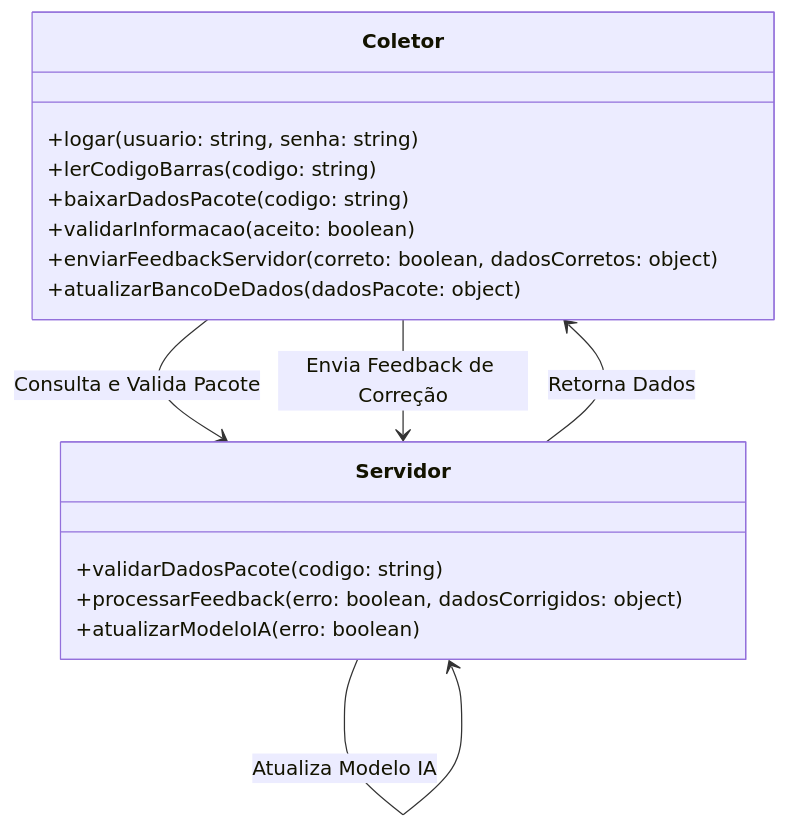
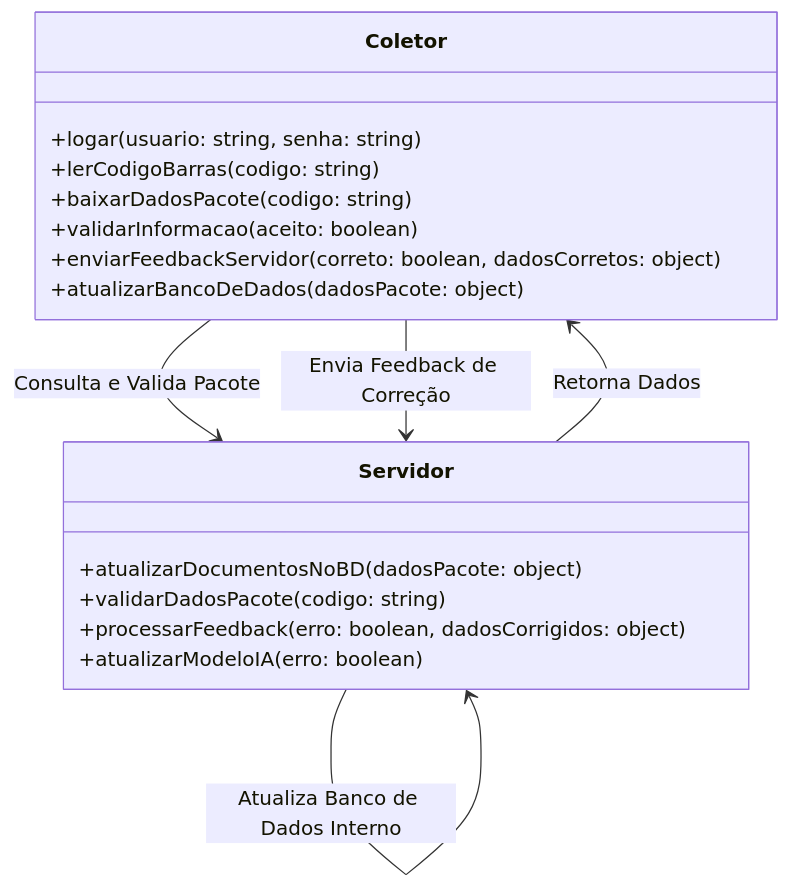
One commit to Pedro-02931/WireFrame---Prototipo changed the diagram in coletor/readme.md. Above: the diagram before and after it, drawn with Mermaid. The commit also changed other lines of this file and 1 other file, not shown here.

Commit message:
Criado modulo especifico do dashboard: - Ele fornece interface - Um ChatBot através de embeddings rodando localmente para pessoas especificas com dispositivos potentes --- + Garante privacidade + O usuario Conversa direto com a operação através de um LLM pré configurado

````diff
--- a/coletor/readme.md
+++ b/coletor/readme.md
@@ -31,22 +31,24 @@
 ```mermaid
 classDiagram
     class Coletor {
         +logar(usuario: string, senha: string)
         +lerCodigoBarras(codigo: string)
         +baixarDadosPacote(codigo: string)
         +validarInformacao(aceito: boolean)
         +enviarFeedbackServidor(correto: boolean, dadosCorretos: object)
         +atualizarBancoDeDados(dadosPacote: object)
     }
 
     class Servidor {
+        +atualizarDocumentosNoBD(dadosPacote: object)
         +validarDadosPacote(codigo: string)
         +processarFeedback(erro: boolean, dadosCorrigidos: object)
         +atualizarModeloIA(erro: boolean)
     }
 
     Coletor --> Servidor : Consulta e Valida Pacote
     Servidor --> Coletor : Retorna Dados
     Coletor --> Servidor : Envia Feedback de Correção
     Servidor --> Servidor : Atualiza Modelo IA
+    Servidor --> Servidor : Atualiza Banco de Dados Interno
 ```
````
